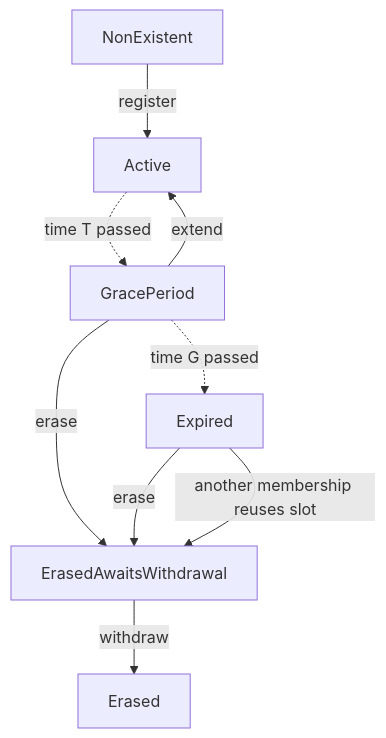
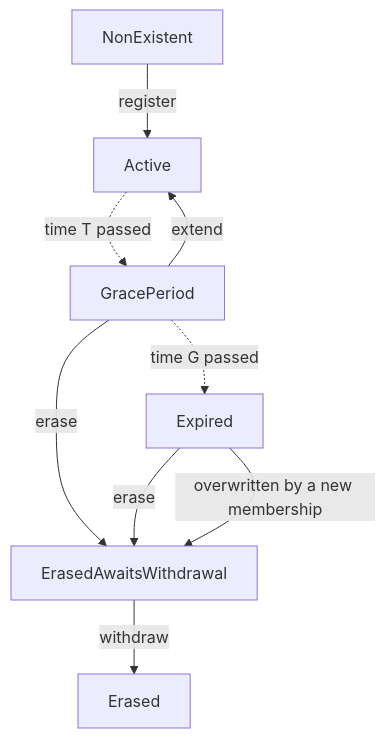
The diagram in standards/core/rln-contract.md (waku-org/specs), drawn with Mermaid before and after one commit. The commit also changed other lines of this file, not shown here.

Commit message:
edit membership registration section for clarity

````diff
--- a/standards/core/rln-contract.md
+++ b/standards/core/rln-contract.md
@@ -88,12 +88,12 @@
 ```mermaid
 graph TD;
     NonExistent --> |"register"| Active;
     Active -.-> |"time T passed"| GracePeriod;
     GracePeriod --> |"extend"| Active;
     GracePeriod -.-> |"time G passed"| Expired;
     GracePeriod --> |"erase"| ErasedAwaitsWithdrawal;
     Expired --> |"erase"| ErasedAwaitsWithdrawal;
-    Expired --> |"another membership reuses slot"| ErasedAwaitsWithdrawal;
+    Expired --> |"overwritten by a new membership"| ErasedAwaitsWithdrawal;
     ErasedAwaitsWithdrawal --> |"withdraw"| Erased;
 
 ```
````
